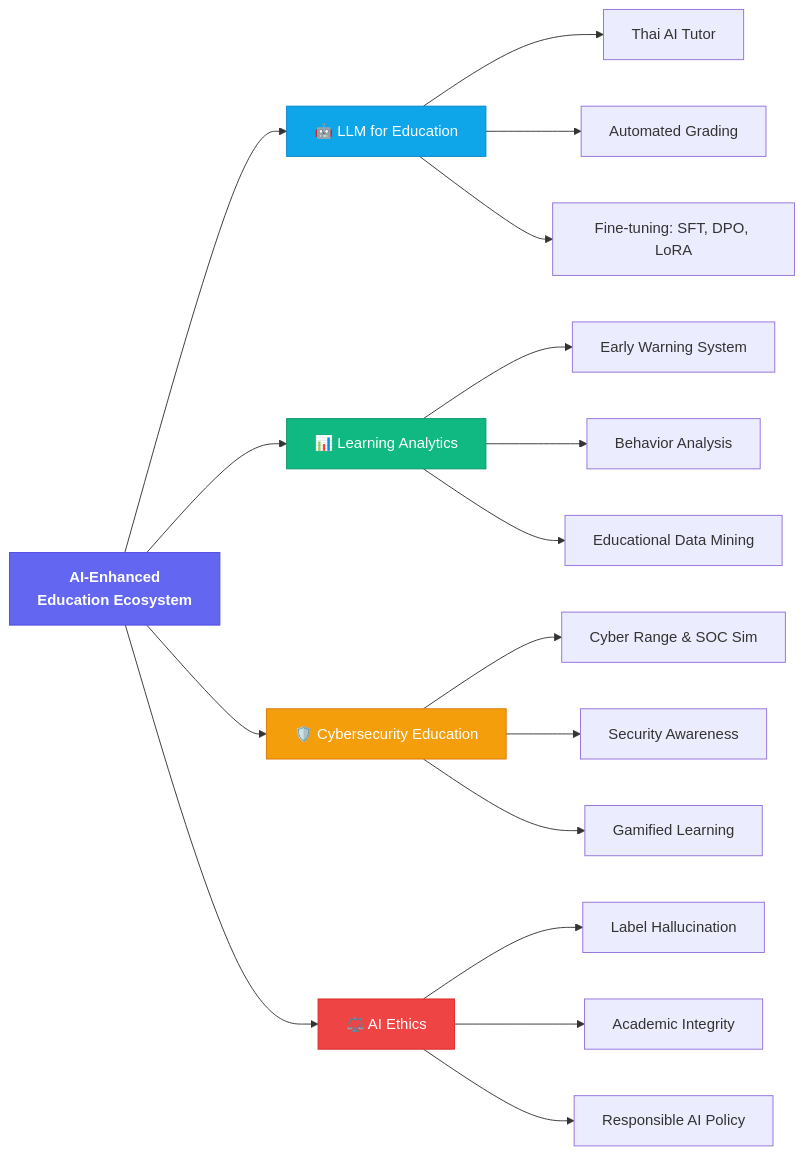
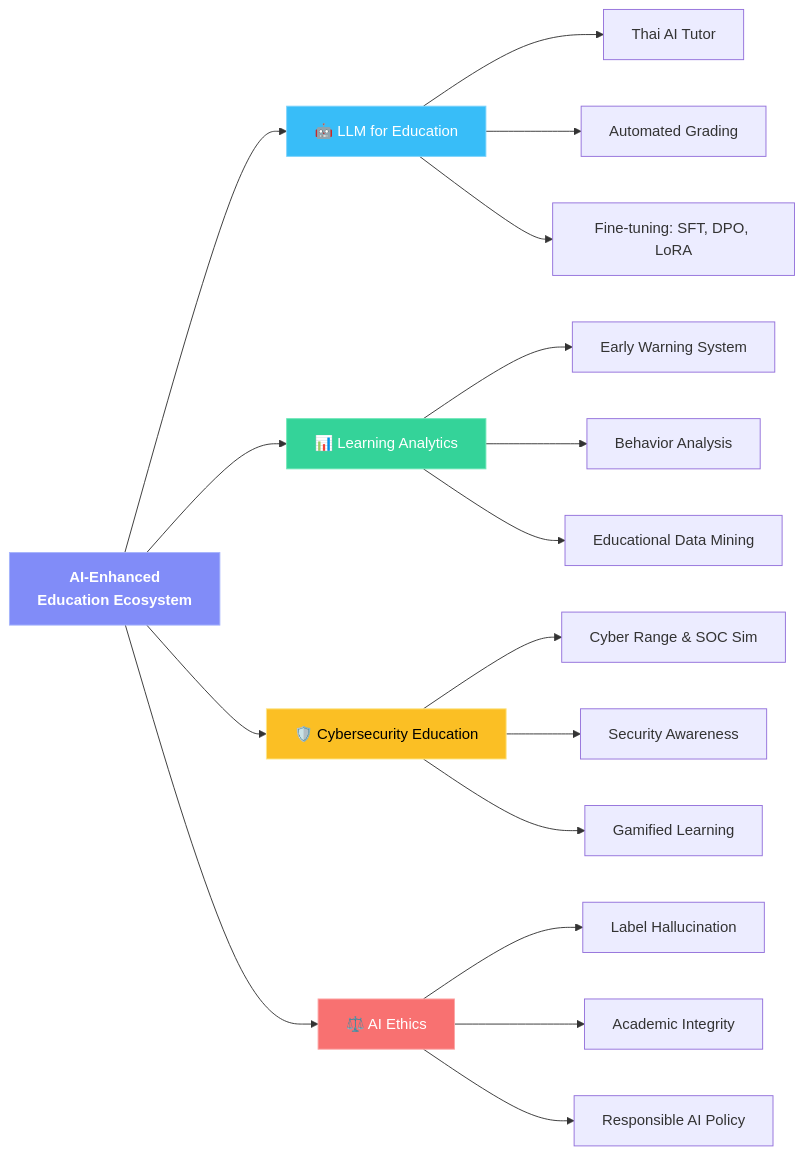
Before and after one commit to nutthakorn7/kmutnb-fte-portfolio: the second of 2 diagrams in README.md, drawn with Mermaid. The commit also changed other lines of this file and 5 other files, not shown here.

Commit message:
Unify dark theme: bright Mermaid colors across all pages (README, research plan, 4 teaching plans)

````diff
--- a/README.md
+++ b/README.md
@@ -103,30 +104,30 @@
 ```mermaid
 graph LR
     CENTER["AI-Enhanced<br/>Education Ecosystem"]
 
     CENTER --> A["🤖 LLM for Education"]
     A --> A1["Thai AI Tutor"]
     A --> A2["Automated Grading"]
     A --> A3["Fine-tuning: SFT, DPO, LoRA"]
 
     CENTER --> B["📊 Learning Analytics"]
     B --> B1["Early Warning System"]
     B --> B2["Behavior Analysis"]
     B --> B3["Educational Data Mining"]
 
     CENTER --> C["🛡️ Cybersecurity Education"]
     C --> C1["Cyber Range & SOC Sim"]
     C --> C2["Security Awareness"]
     C --> C3["Gamified Learning"]
 
     CENTER --> D["⚖️ AI Ethics"]
     D --> D1["Label Hallucination"]
     D --> D2["Academic Integrity"]
     D --> D3["Responsible AI Policy"]
 
-    style CENTER fill:#6366f1,stroke:#4f46e5,color:#fff,font-weight:bold
-    style A fill:#0ea5e9,stroke:#0284c7,color:#fff
-    style B fill:#10b981,stroke:#059669,color:#fff
-    style C fill:#f59e0b,stroke:#d97706,color:#fff
-    style D fill:#ef4444,stroke:#dc2626,color:#fff
+    style CENTER fill:#818cf8,stroke:#a5b4fc,color:#fff,font-weight:bold
+    style A fill:#38bdf8,stroke:#7dd3fc,color:#fff
+    style B fill:#34d399,stroke:#6ee7b7,color:#fff
+    style C fill:#fbbf24,stroke:#fde68a,color:#000
+    style D fill:#f87171,stroke:#fca5a5,color:#fff
 ```
````
